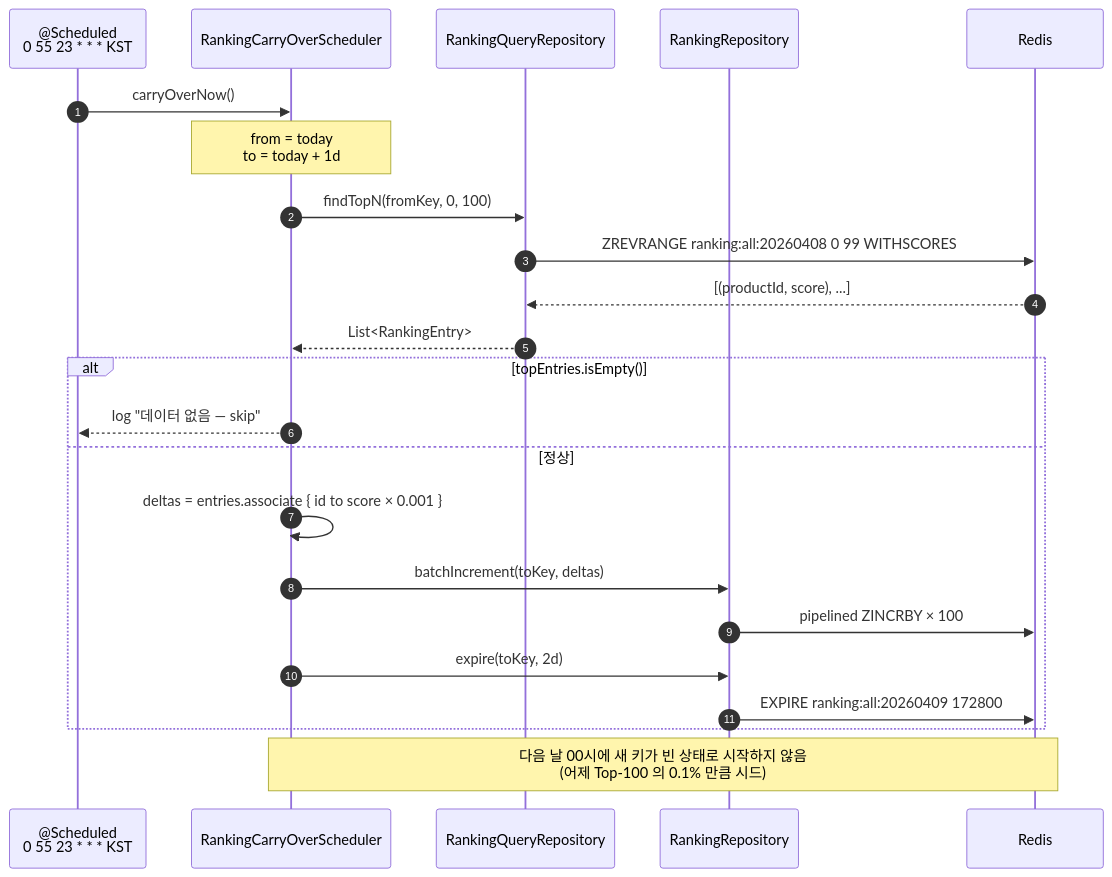
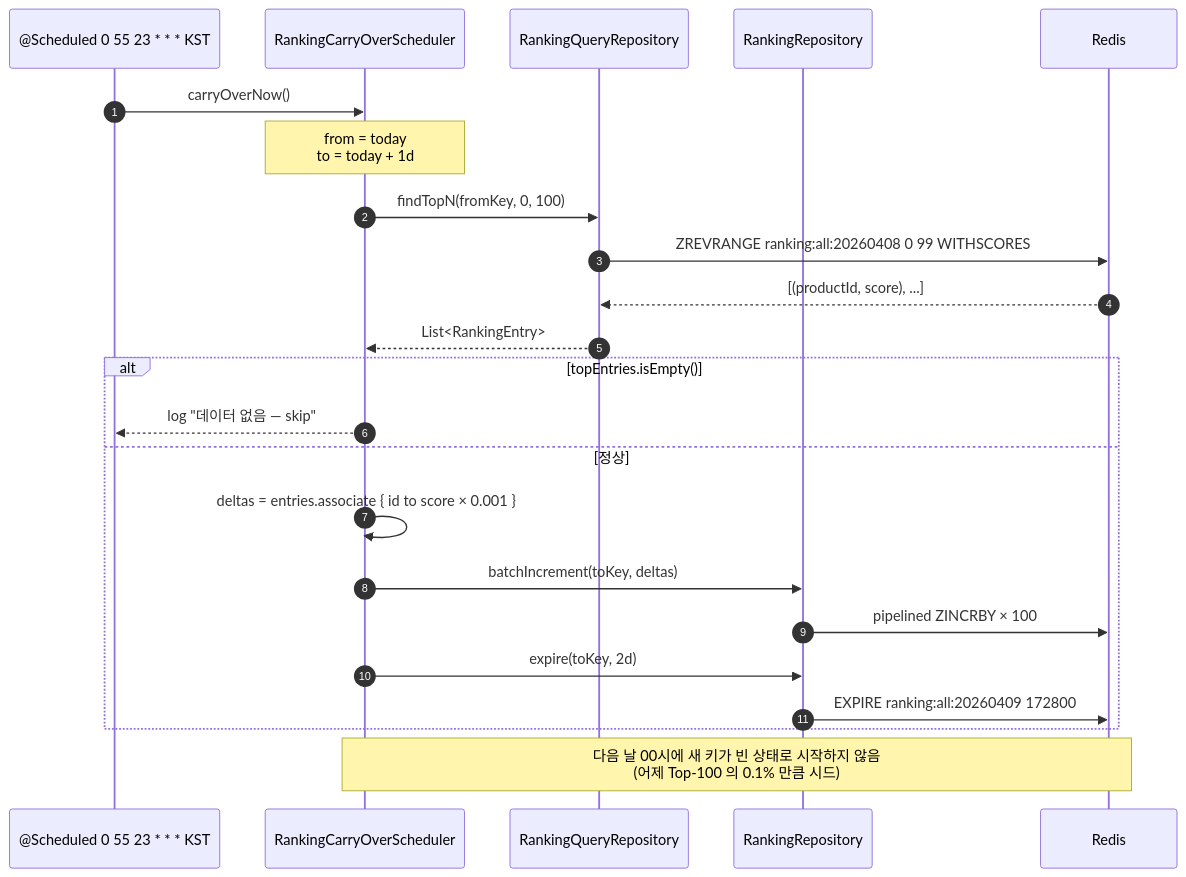
One commit to Loopers-dev-lab/loop-pack-be-l2-vol3-kotlin changed the fifth of 10 diagrams in week_notes/pr-week-9.md. Above: the diagram before and after it, drawn with Mermaid. The commit also changed other lines of this file and 4 other files, not shown here.

````diff
--- a/week_notes/pr-week-9.md
+++ b/week_notes/pr-week-9.md
@@ -255,29 +255,29 @@
 ```mermaid
 sequenceDiagram
     autonumber
-    participant Cron as @Scheduled<br/>0 55 23 * * * KST
+    participant Cron as @Scheduled 0 55 23 * * * KST
     participant Sched as RankingCarryOverScheduler
     participant QRepo as RankingQueryRepository
     participant Repo as RankingRepository
     participant Redis
 
     Cron->>Sched: carryOverNow()
     Note over Sched: from = today<br/>to = today + 1d
 
     Sched->>QRepo: findTopN(fromKey, 0, 100)
     QRepo->>Redis: ZREVRANGE ranking:all:20260408 0 99 WITHSCORES
     Redis-->>QRepo: [(productId, score), ...]
     QRepo-->>Sched: List<RankingEntry>
 
     alt topEntries.isEmpty()
         Sched-->>Cron: log "데이터 없음 — skip"
     else 정상
         Sched->>Sched: deltas = entries.associate { id to score × 0.001 }
         Sched->>Repo: batchIncrement(toKey, deltas)
         Repo->>Redis: pipelined ZINCRBY × 100
         Sched->>Repo: expire(toKey, 2d)
         Repo->>Redis: EXPIRE ranking:all:20260409 172800
     end
 
     Note over Sched,Redis: 다음 날 00시에 새 키가 빈 상태로 시작하지 않음<br/>(어제 Top-100 의 0.1% 만큼 시드)
 ```
````
